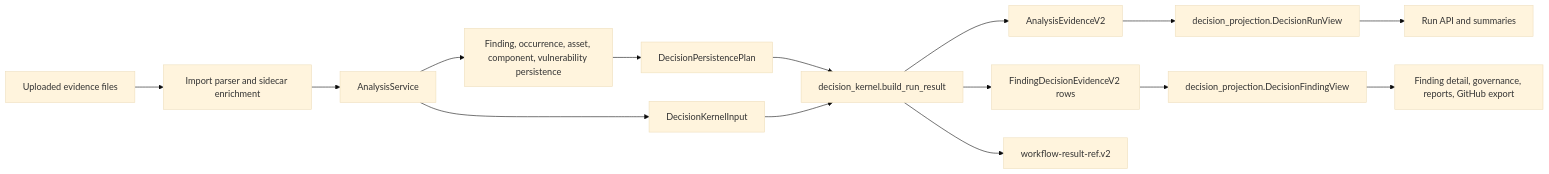
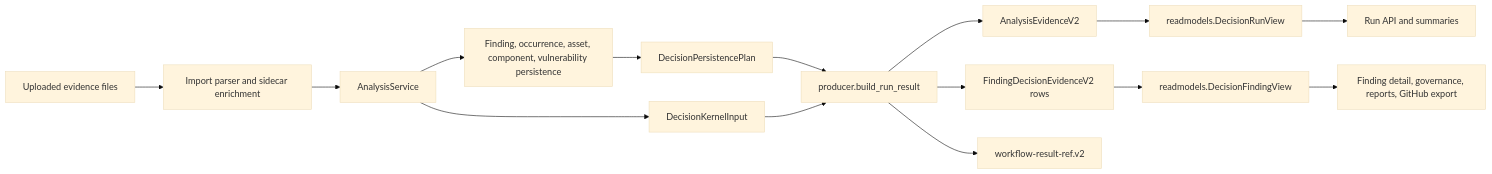
One commit to Noetheon/vuln-prioritizer-workbench changed the diagram in docs/architecture/decision-evidence-kernel.md. Above: the diagram before and after it, drawn with Mermaid (base theme). The commit also changed other lines of this file and 207 other files, not shown here.

````diff
--- a/docs/architecture/decision-evidence-kernel.md
+++ b/docs/architecture/decision-evidence-kernel.md
@@ -32,17 +32,17 @@
 ```mermaid
 flowchart LR
   A["Uploaded evidence files"] --> B["Import parser and sidecar enrichment"]
   B --> C["AnalysisService"]
   C --> D["Finding, occurrence, asset, component, vulnerability persistence"]
   D --> E["DecisionPersistencePlan"]
   C --> F["DecisionKernelInput"]
-  E --> G["decision_kernel.build_run_result"]
+  E --> G["producer.build_run_result"]
   F --> G
   G --> H["AnalysisEvidenceV2"]
   G --> I["FindingDecisionEvidenceV2 rows"]
   G --> J["workflow-result-ref.v2"]
-  H --> K["decision_projection.DecisionRunView"]
-  I --> L["decision_projection.DecisionFindingView"]
+  H --> K["readmodels.DecisionRunView"]
+  I --> L["readmodels.DecisionFindingView"]
   K --> M["Run API and summaries"]
   L --> N["Finding detail, governance, reports, GitHub export"]
 ```
````
